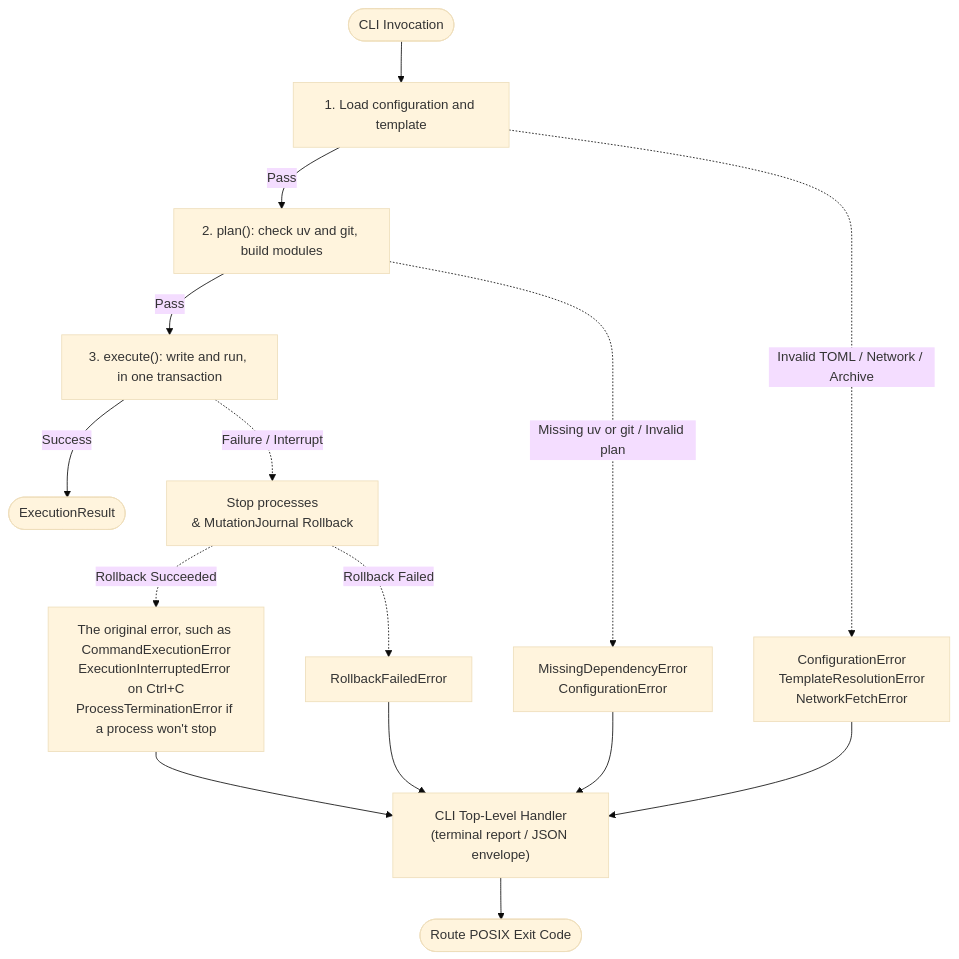
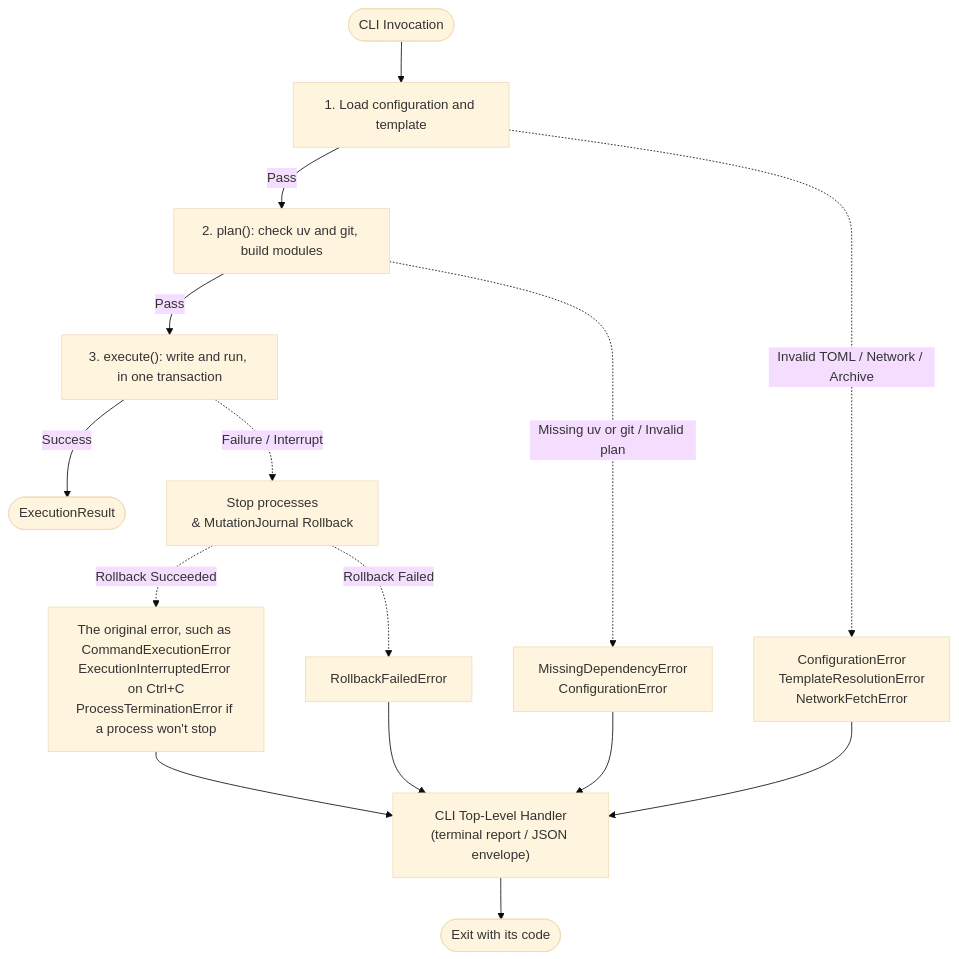
One commit to JacksonFergusonDev/protostar changed the diagram in docs/mechanics/error_handling.md. Above: the diagram before and after it, drawn with Mermaid (base theme). The commit also changed other lines of this file and 30 other files, not shown here.

````diff
--- a/docs/mechanics/error_handling.md
+++ b/docs/mechanics/error_handling.md
@@ -35,17 +35,17 @@
 ```mermaid
 flowchart TD
     Start([CLI Invocation]) --> P1["1. Load configuration and template"]
     P1 -->|Pass| P2["2. plan(): check uv and git, build modules"]
     P2 -->|Pass| P3["3. execute(): write and run, in one transaction"]
     P3 -->|Success| End([ExecutionResult])
 
     P1 -.->|Invalid TOML / Network / Archive| E1["ConfigurationError<br/>TemplateResolutionError<br/>NetworkFetchError"]
     P2 -.->|Missing uv or git / Invalid plan| E2["MissingDependencyError<br/>ConfigurationError"]
     P3 -.->|Failure / Interrupt| RB["Stop processes<br/>& MutationJournal Rollback"]
 
     RB -.->|Rollback Succeeded| E3["The original error, such as CommandExecutionError<br/>ExecutionInterruptedError on Ctrl+C<br/>ProcessTerminationError if a process won't stop"]
     RB -.->|Rollback Failed| E4["RollbackFailedError"]
 
     E1 & E2 & E3 & E4 --> Trap["CLI Top-Level Handler<br/>(terminal report / JSON envelope)"]
-    Trap --> Exit([Route POSIX Exit Code])
+    Trap --> Exit([Exit with its code])
 ```
````
